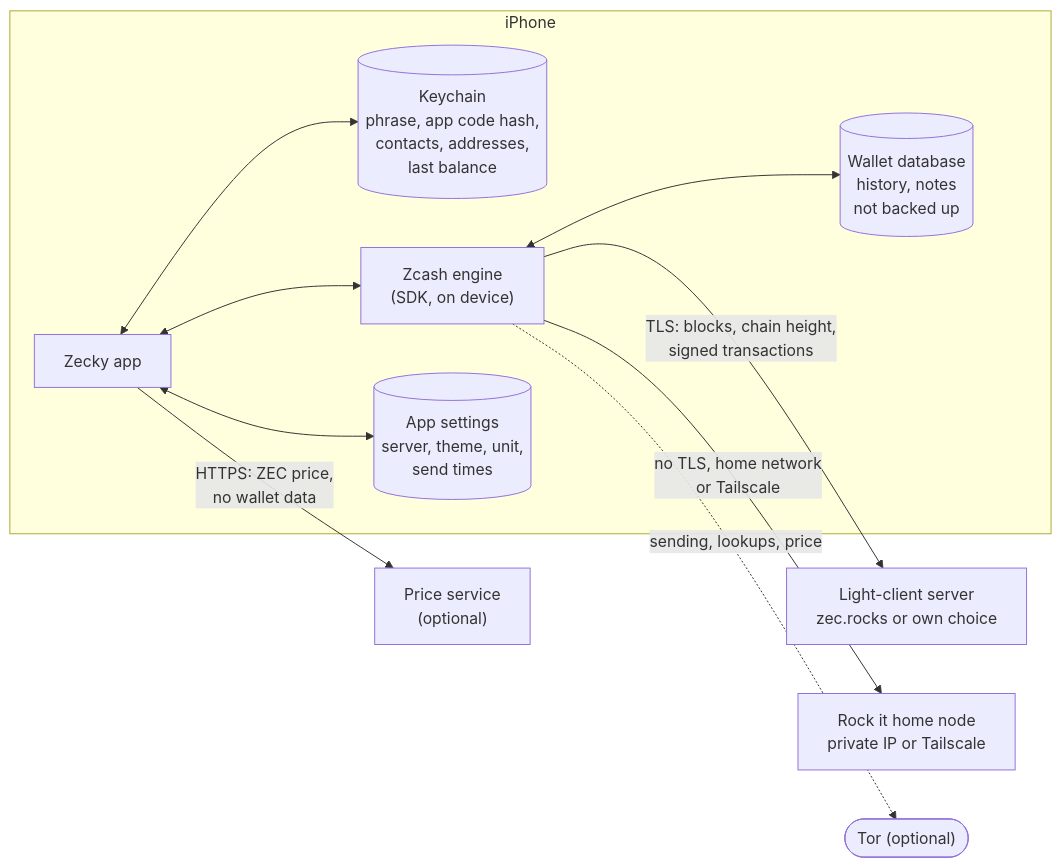
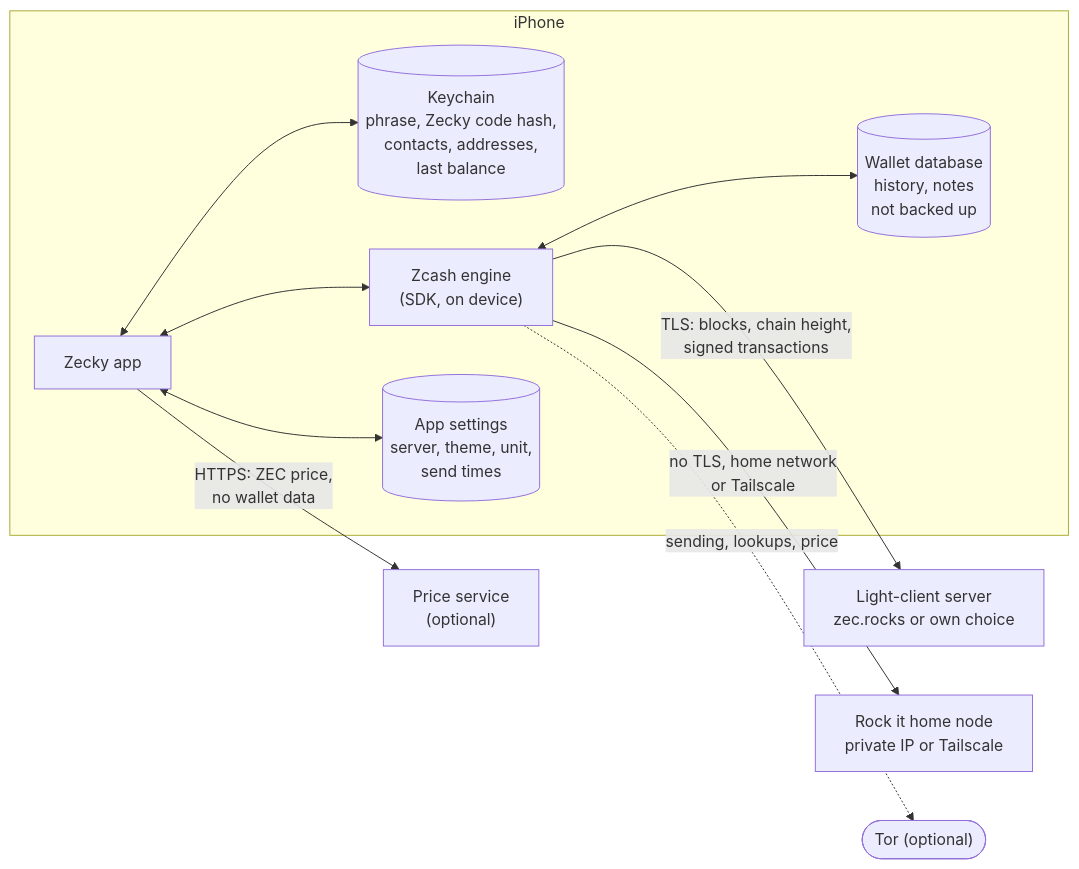
One commit to zecky-app/zecky-lock-it changed the diagram in docs/THREAT_MODEL.md. Above: the diagram before and after it, drawn with Mermaid. The commit also changed other lines of this file and 64 other files, not shown here.

````diff
--- a/docs/THREAT_MODEL.md
+++ b/docs/THREAT_MODEL.md
@@ -80,22 +98,22 @@
 ```mermaid
 flowchart LR
   subgraph Phone["iPhone"]
-    K[("Keychain<br/>phrase, app code hash,<br/>contacts, addresses,<br/>last balance")]
+    K[("Keychain<br/>phrase, Zecky code hash,<br/>contacts, addresses,<br/>last balance")]
     A["Zecky app"]
     E["Zcash engine<br/>(SDK, on device)"]
     D[("Wallet database<br/>history, notes<br/>not backed up")]
     S[("App settings<br/>server, theme, unit,<br/>send times")]
     A <--> K
     A <--> S
     A <--> E
     E <--> D
   end
   L["Light-client server<br/>zec.rocks or own choice"]
   R["Rock it home node<br/>private IP or Tailscale"]
   P["Price service<br/>(optional)"]
   T(["Tor (optional)"])
   E -- "TLS: blocks, chain height,<br/>signed transactions" --> L
   E -- "no TLS, home network<br/>or Tailscale" --> R
   A -- "HTTPS: ZEC price,<br/>no wallet data" --> P
   E -. "sending, lookups, price" .-> T
 ```
````
